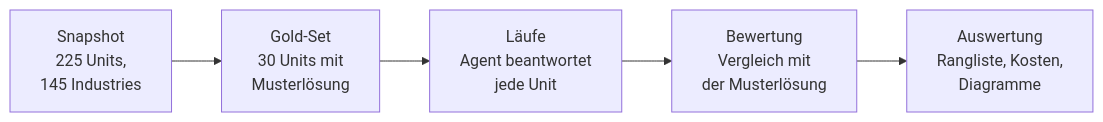
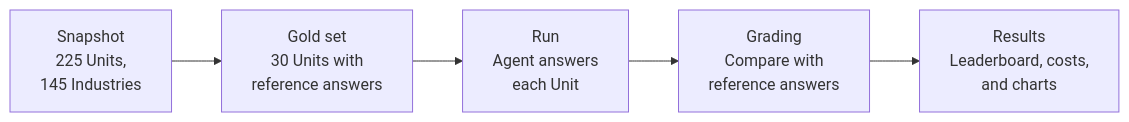
The diagram in README.md (Bene77-w/Benchmark-Mapping), drawn with Mermaid before and after one commit. The commit also changed other lines of this file, not shown here.

````diff
--- a/README.md
+++ b/README.md
@@ -22,7 +20,7 @@
 ```mermaid
 flowchart LR
-    S[Snapshot<br/>225 Units,<br/>145 Industries] --> G[Gold-Set<br/>30 Units mit<br/>Musterlösung]
-    G --> L[Läufe<br/>Agent beantwortet<br/>jede Unit]
-    L --> B[Bewertung<br/>Vergleich mit<br/>der Musterlösung]
-    B --> A[Auswertung<br/>Rangliste, Kosten,<br/>Diagramme]
+    S[Snapshot<br/>225 Units,<br/>145 Industries] --> G[Gold set<br/>30 Units with<br/>reference answers]
+    G --> L[Run<br/>Agent answers<br/>each Unit]
+    L --> B[Grading<br/>Compare with<br/>reference answers]
+    B --> A[Results<br/>Leaderboard, costs,<br/>and charts]
 ```
````
